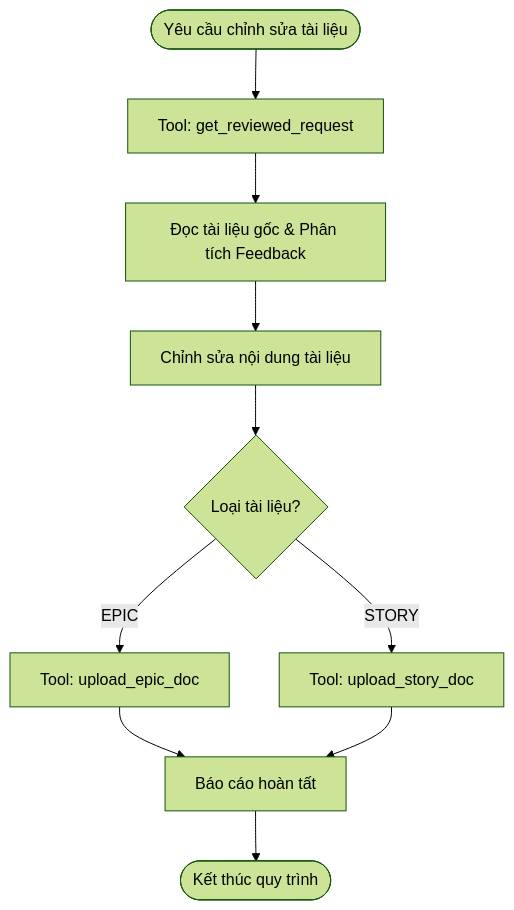
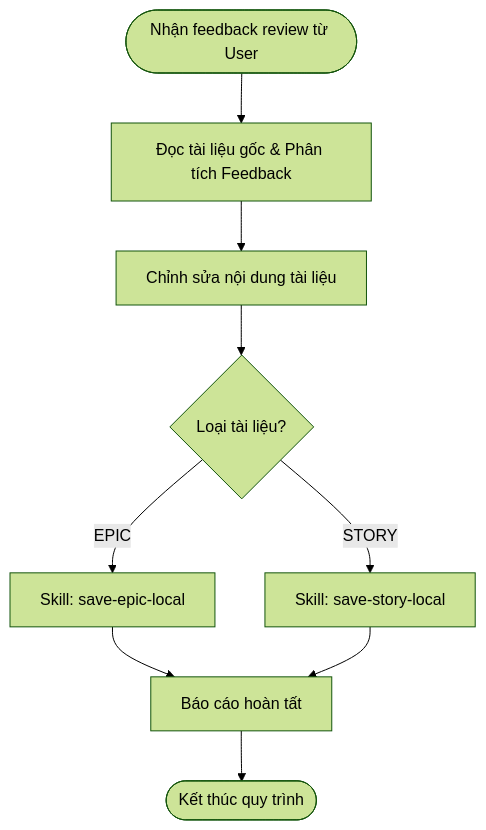
One commit to phongdh04/docs-for-codex-hackerthon- changed the diagram in lina-senior-ba/.agents/workflows/document-revision.md. Above: the diagram before and after it, drawn with Mermaid (forest theme). The commit also changed other lines of this file and 21 other files, not shown here.

Commit message:
feat: structure lina and mattin configuration to offline-first local workflow and standardized epic review

````diff
--- a/lina-senior-ba/.agents/workflows/document-revision.md
+++ b/lina-senior-ba/.agents/workflows/document-revision.md
@@ -13,12 +13,11 @@
 ```mermaid
 flowchart TD
-  Start([Yêu cầu chỉnh sửa tài liệu]) --> GetFeedback[Tool: get_reviewed_request]
-  GetFeedback --> Analyze[Đọc tài liệu gốc & Phân tích Feedback]
+  Start([Nhận feedback review từ User]) --> Analyze[Đọc tài liệu gốc & Phân tích Feedback]
   Analyze --> EditDoc[Chỉnh sửa nội dung tài liệu]
   EditDoc --> CheckType{Loại tài liệu?}
-  CheckType -->|EPIC| UploadEpic[Tool: upload_epic_doc]
-  CheckType -->|STORY| UploadStory[Tool: upload_story_doc]
-  UploadEpic --> ReportDone[Báo cáo hoàn tất]
-  UploadStory --> ReportDone
+  CheckType -->|EPIC| SaveEpic[Skill: save-epic-local]
+  CheckType -->|STORY| SaveStory[Skill: save-story-local]
+  SaveEpic --> ReportDone[Báo cáo hoàn tất]
+  SaveStory --> ReportDone
   ReportDone --> End([Kết thúc quy trình])
 ```
````
